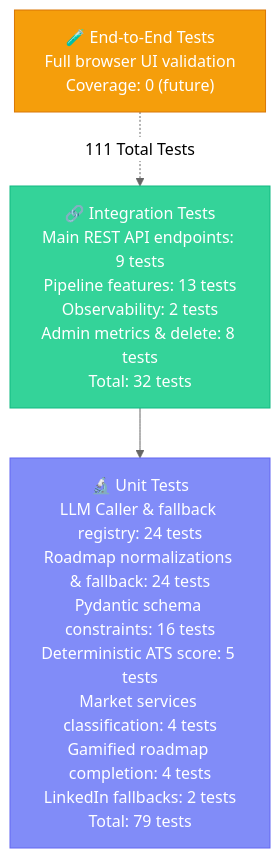
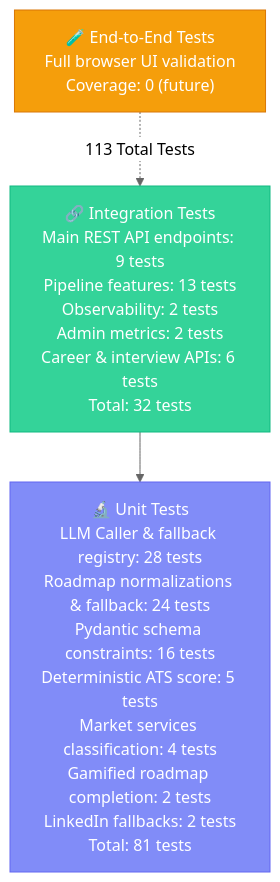
One commit to Anil-Pradhan-web/ai-career-mentor changed diagram 30 of 33 in documentation/ARCHITECTURE.md. Above: the diagram before and after it, drawn with Mermaid (neutral theme). The commit also changed other lines of this file and 5 other files, not shown here.

````diff
--- a/documentation/ARCHITECTURE.md
+++ b/documentation/ARCHITECTURE.md
@@ -1374,18 +1370,18 @@
 ```mermaid
 graph TB
     classDef unit fill:#818cf8,color:#fff,stroke:#6366f1
     classDef integ fill:#34d399,color:#fff,stroke:#10b981
     classDef e2e fill:#f59e0b,color:#fff,stroke:#d97706
 
     E2E["🧪 End-to-End Tests<br/>Full browser UI validation<br/>Coverage: 0 (future)"]
     
-    INTEG["🔗 Integration Tests<br/>Main REST API endpoints: 9 tests<br/>Pipeline features: 13 tests<br/>Observability: 2 tests<br/>Admin metrics & delete: 8 tests<br/>Total: 32 tests"]
+    INTEG["🔗 Integration Tests<br/>Main REST API endpoints: 9 tests<br/>Pipeline features: 13 tests<br/>Observability: 2 tests<br/>Admin metrics: 2 tests<br/>Career & interview APIs: 6 tests<br/>Total: 32 tests"]
     
-    UNIT["🔬 Unit Tests<br/>LLM Caller & fallback registry: 24 tests<br/>Roadmap normalizations & fallback: 24 tests<br/>Pydantic schema constraints: 16 tests<br/>Deterministic ATS score: 5 tests<br/>Market services classification: 4 tests<br/>Gamified roadmap completion: 4 tests<br/>LinkedIn fallbacks: 2 tests<br/>Total: 79 tests"]
+    UNIT["🔬 Unit Tests<br/>LLM Caller & fallback registry: 28 tests<br/>Roadmap normalizations & fallback: 24 tests<br/>Pydantic schema constraints: 16 tests<br/>Deterministic ATS score: 5 tests<br/>Market services classification: 4 tests<br/>Gamified roadmap completion: 2 tests<br/>LinkedIn fallbacks: 2 tests<br/>Total: 81 tests"]
 
-    E2E -.->|"111 Total Tests"| INTEG --> UNIT
+    E2E -.->|"113 Total Tests"| INTEG --> UNIT
  
     class UNIT unit
     class INTEG integ
     class E2E e2e
 ```
````
